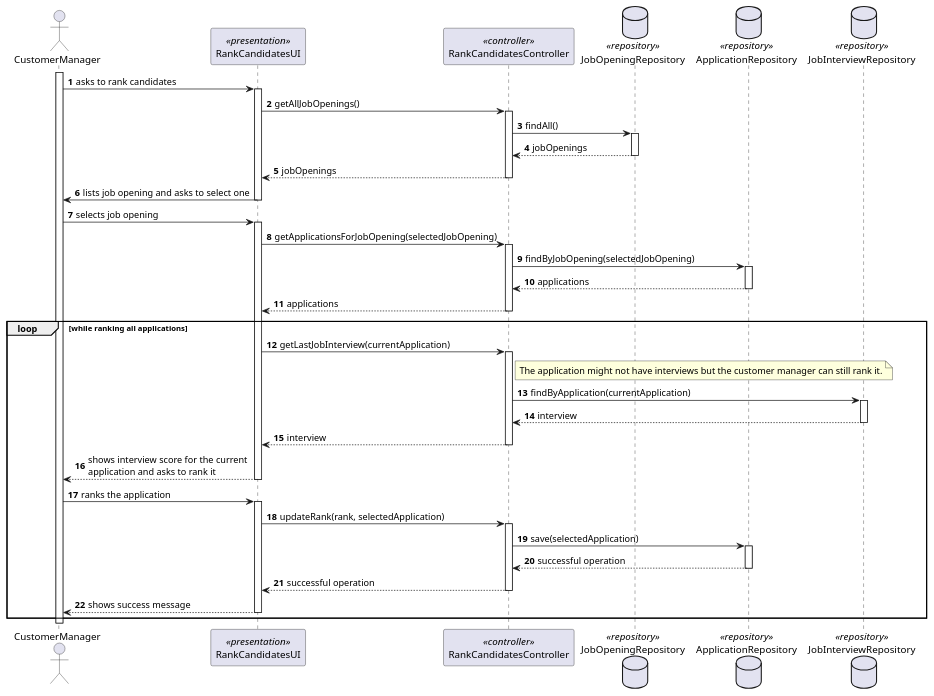
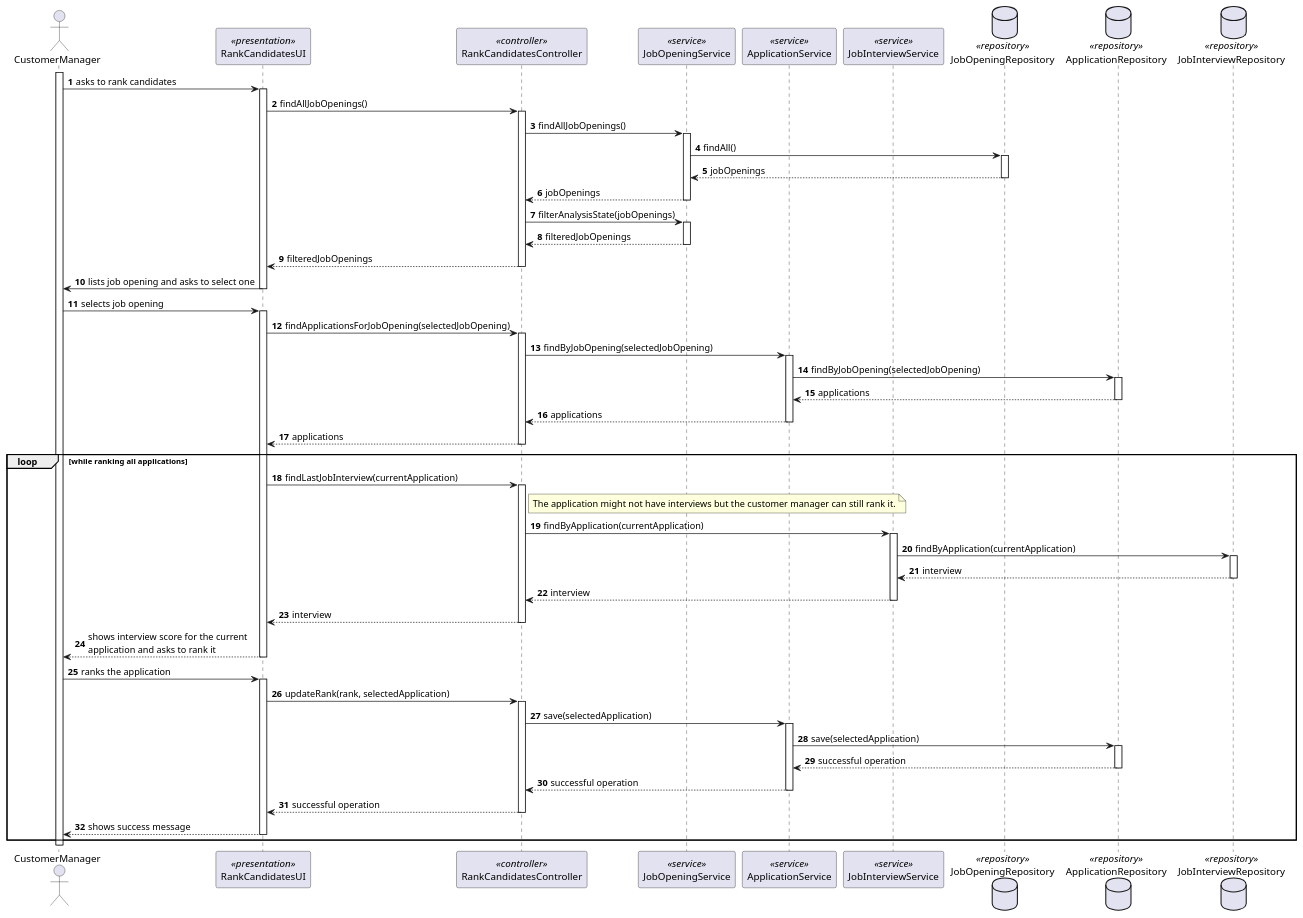
Before and after one commit to MiguelCardoso77/LAPR4: the diagram in docs/SprintC/rank-candidates-for-job-opening/sequence-diagram.puml, drawn with PlantUML. The commit also changed 4 other files, not shown here.

```diff
--- a/docs/SprintC/rank-candidates-for-job-opening/sequence-diagram.puml
+++ b/docs/SprintC/rank-candidates-for-job-opening/sequence-diagram.puml
@@ -1,89 +1,124 @@
 @startuml
 autonumber
 
 actor CustomerManager
 
 participant RankCandidatesUI <<presentation>>
 participant RankCandidatesController <<controller>>
+
+participant JobOpeningService <<service>>
+participant ApplicationService <<service>>
+participant JobInterviewService <<service>>
 
 database JobOpeningRepository <<repository>>
 database ApplicationRepository <<repository>>
 database JobInterviewRepository <<repository>>
 
 activate CustomerManager
 
     CustomerManager -> RankCandidatesUI : asks to rank candidates
     activate RankCandidatesUI
 
-        RankCandidatesUI -> RankCandidatesController : getAllJobOpenings()
+        RankCandidatesUI -> RankCandidatesController : findAllJobOpenings()
         activate RankCandidatesController
 
-            RankCandidatesController -> JobOpeningRepository : findAll()
-            activate JobOpeningRepository
+            RankCandidatesController -> JobOpeningService : findAllJobOpenings()
+            activate JobOpeningService
 
-                JobOpeningRepository --> RankCandidatesController : jobOpenings
-            deactivate JobOpeningRepository
+                 JobOpeningService -> JobOpeningRepository : findAll()
+                 activate JobOpeningRepository
 
-            RankCandidatesController --> RankCandidatesUI : jobOpenings
+                     JobOpeningRepository --> JobOpeningService : jobOpenings
+                 deactivate JobOpeningRepository
+
+                JobOpeningService --> RankCandidatesController : jobOpenings
+            deactivate JobOpeningService
+
+            RankCandidatesController -> JobOpeningService : filterAnalysisState(jobOpenings)
+            activate JobOpeningService
+
+                    JobOpeningService --> RankCandidatesController : filteredJobOpenings
+            deactivate JobOpeningService
+
+            RankCandidatesController --> RankCandidatesUI : filteredJobOpenings
         deactivate RankCandidatesController
 
         RankCandidatesUI -> CustomerManager : lists job opening and asks to select one
     deactivate RankCandidatesUI
 
     CustomerManager -> RankCandidatesUI : selects job opening
     activate RankCandidatesUI
 
-        RankCandidatesUI -> RankCandidatesController : getApplicationsForJobOpening(selectedJobOpening)
+        RankCandidatesUI -> RankCandidatesController : findApplicationsForJobOpening(selectedJobOpening)
         activate RankCandidatesController
 
-            RankCandidatesController -> ApplicationRepository : findByJobOpening(selectedJobOpening)
-            activate ApplicationRepository
+            RankCandidatesController -> ApplicationService : findByJobOpening(selectedJobOpening)
+            activate ApplicationService
 
-                ApplicationRepository --> RankCandidatesController : applications
-            deactivate ApplicationRepository
+                ApplicationService -> ApplicationRepository : findByJobOpening(selectedJobOpening)
+                activate ApplicationRepository
+
+                    ApplicationRepository --> ApplicationService : applications
+                deactivate ApplicationRepository
+
+                ApplicationService --> RankCandidatesController : applications
+            deactivate ApplicationService
 
             RankCandidatesController --> RankCandidatesUI : applications
         deactivate RankCandidatesController
 
 loop while ranking all applications
 
-        RankCandidatesUI -> RankCandidatesController : getLastJobInterview(currentApplication)
+        RankCandidatesUI -> RankCandidatesController : findLastJobInterview(currentApplication)
         activate RankCandidatesController
             note right of RankCandidatesController
             The application might not have interviews but the customer manager can still rank it.
             end note
-            RankCandidatesController -> JobInterviewRepository : findByApplication(currentApplication)
-            activate JobInterviewRepository
 
-                JobInterviewRepository --> RankCandidatesController : interview
-            deactivate JobInterviewRepository
+            RankCandidatesController -> JobInterviewService : findByApplication(currentApplication)
+            activate JobInterviewService
+
+                JobInterviewService -> JobInterviewRepository : findByApplication(currentApplication)
+                activate JobInterviewRepository
+
+                    JobInterviewRepository --> JobInterviewService : interview
+                deactivate JobInterviewRepository
+
+                JobInterviewService --> RankCandidatesController : interview
+            deactivate JobInterviewService
 
             RankCandidatesController --> RankCandidatesUI : interview
         deactivate RankCandidatesController
 
         RankCandidatesUI --> CustomerManager : shows interview score for the current \napplication and asks to rank it
     deactivate RankCandidatesUI
 
     CustomerManager -> RankCandidatesUI : ranks the application
     activate RankCandidatesUI
 
         RankCandidatesUI -> RankCandidatesController : updateRank(rank, selectedApplication)
         activate RankCandidatesController
 
-            RankCandidatesController -> ApplicationRepository : save(selectedApplication)
-            activate ApplicationRepository
+            RankCandidatesController -> ApplicationService : save(selectedApplication)
+            activate ApplicationService
 
-                ApplicationRepository --> RankCandidatesController : successful operation
-            deactivate ApplicationRepository
+                ApplicationService -> ApplicationRepository : save(selectedApplication)
+                activate ApplicationRepository
+
+                    ApplicationRepository --> ApplicationService : successful operation
+                deactivate ApplicationRepository
+
+                ApplicationService --> RankCandidatesController : successful operation
+            deactivate ApplicationService
 
             RankCandidatesController --> RankCandidatesUI : successful operation
         deactivate RankCandidatesController
 
         RankCandidatesUI --> CustomerManager : shows success message
     deactivate RankCandidatesUI
 
 end loop
 
 deactivate CustomerManager
 
 @enduml
```
